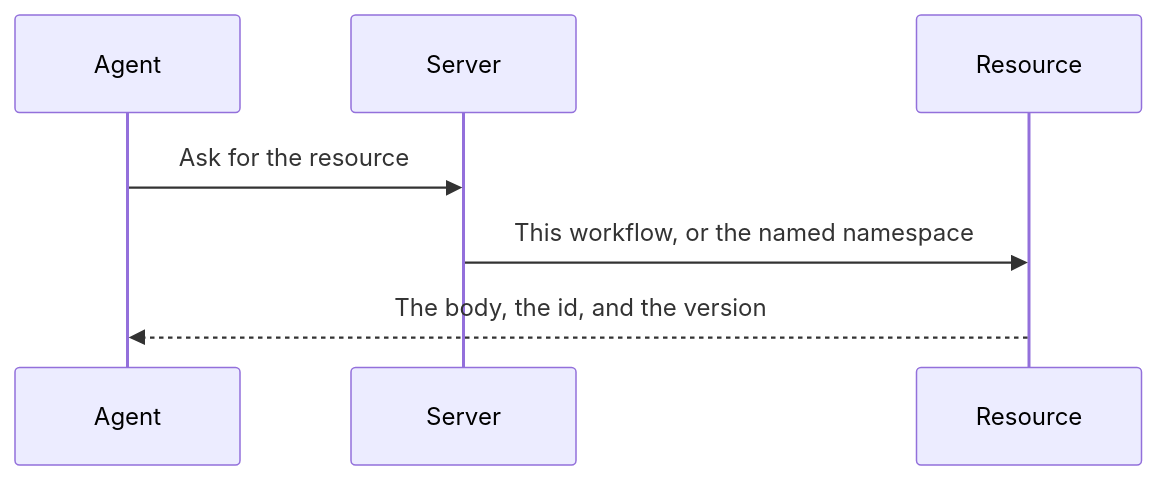
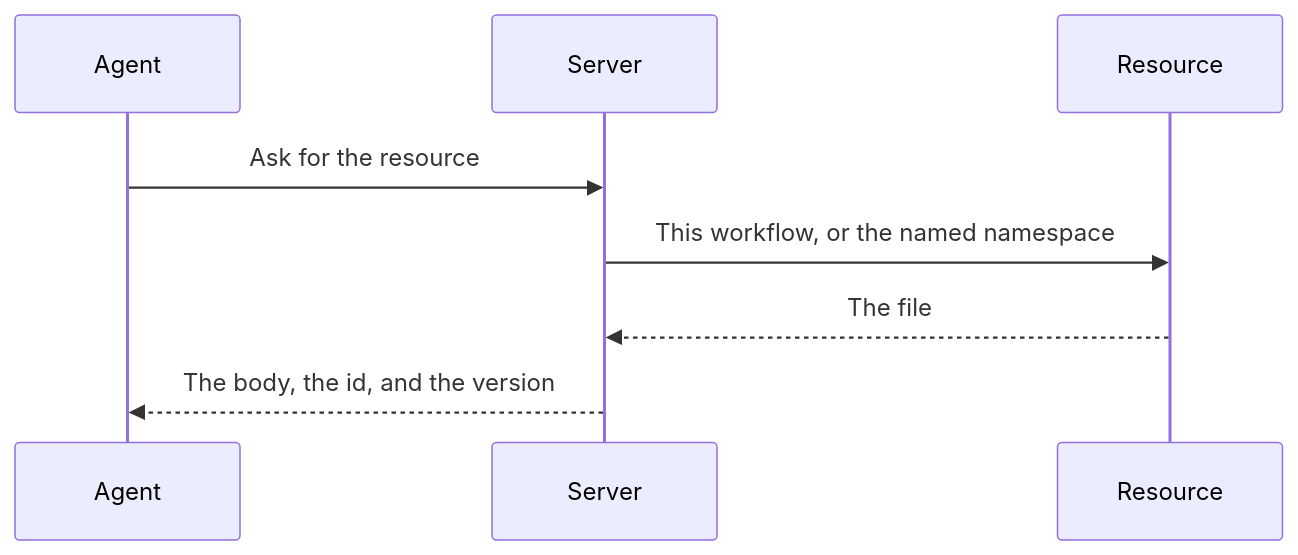
The third of 8 diagrams in docs/resource.md (m2ux/workflow-server), drawn with Mermaid before and after one commit. The commit also changed other lines of this file and 17 other files, not shown here.

````diff
--- a/docs/resource.md
+++ b/docs/resource.md
@@ -64,9 +64,10 @@
 ```mermaid
 sequenceDiagram
   participant Agent
   participant Server
   participant Resource
   Agent->>Server: Ask for the resource
   Server->>Resource: This workflow, or the named namespace
-  Resource-->>Agent: The body, the id, and the version
+  Resource-->>Server: The file
+  Server-->>Agent: The body, the id, and the version
 ```
````
